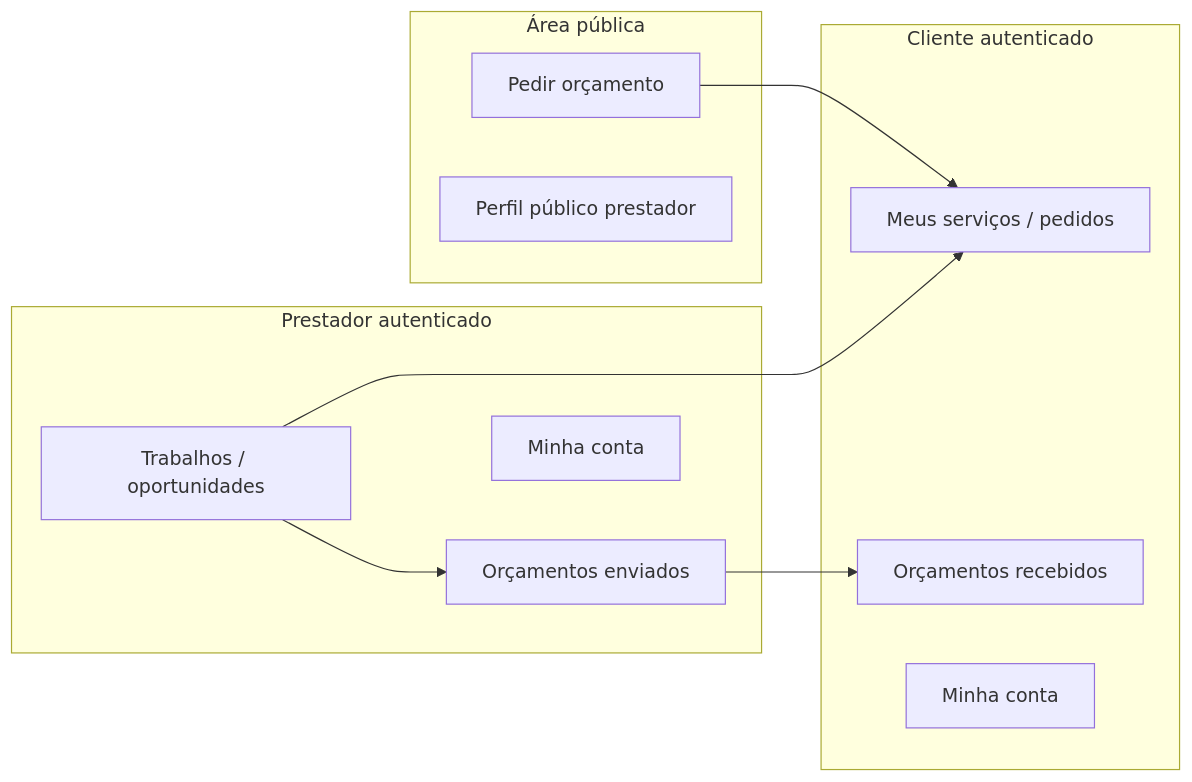
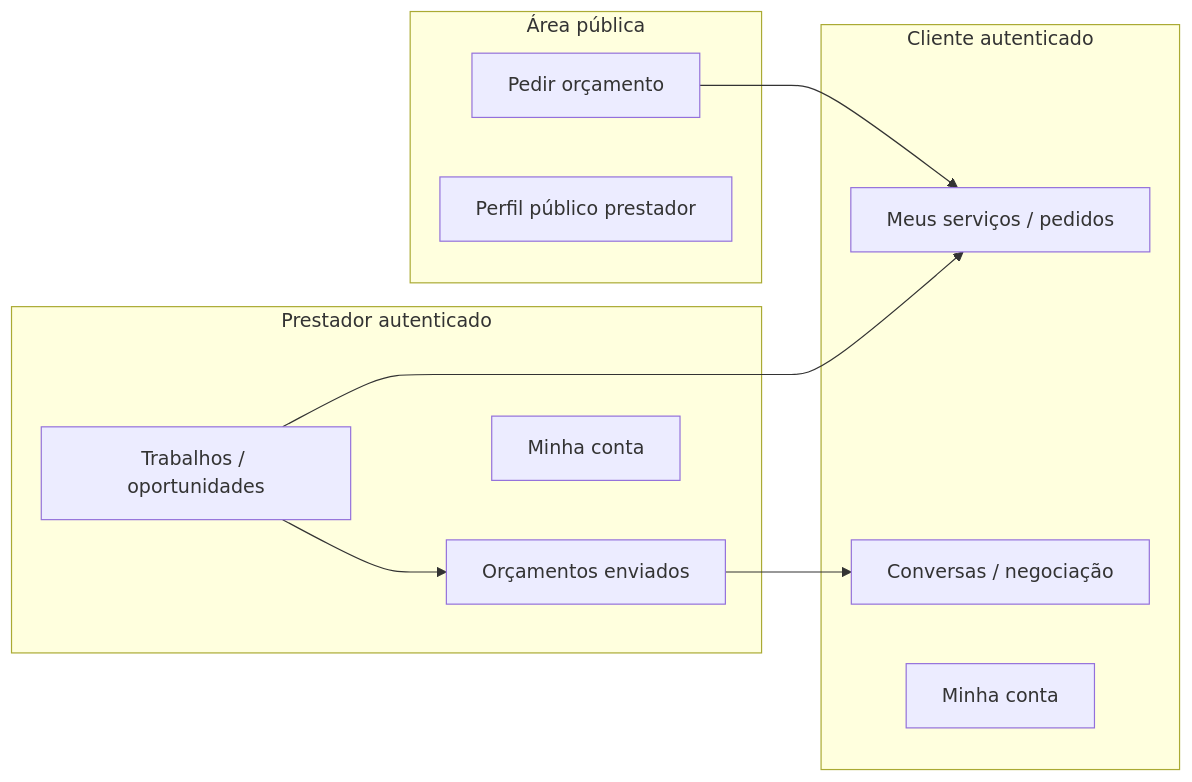
Before and after one commit to higorpo/renovi-orbit-test: the diagram in docs/business/01-visao-geral-da-renovi.md, drawn with Mermaid. The commit also changed other lines of this file and 107 other files, not shown here.

````diff
--- a/docs/business/01-visao-geral-da-renovi.md
+++ b/docs/business/01-visao-geral-da-renovi.md
@@ -11,21 +11,21 @@
 ```mermaid
 flowchart LR
   subgraph Publico["Área pública"]
     A[Pedir orçamento]
     B[Perfil público prestador]
   end
   subgraph Cliente["Cliente autenticado"]
     C[Meus serviços / pedidos]
-    D[Orçamentos recebidos]
+    D[Conversas / negociação]
     E[Minha conta]
   end
   subgraph Prestador["Prestador autenticado"]
     F[Trabalhos / oportunidades]
     G[Orçamentos enviados]
     H[Minha conta]
   end
   A --> C
   F --> G
   G --> D
   F --> C
 ```
````
